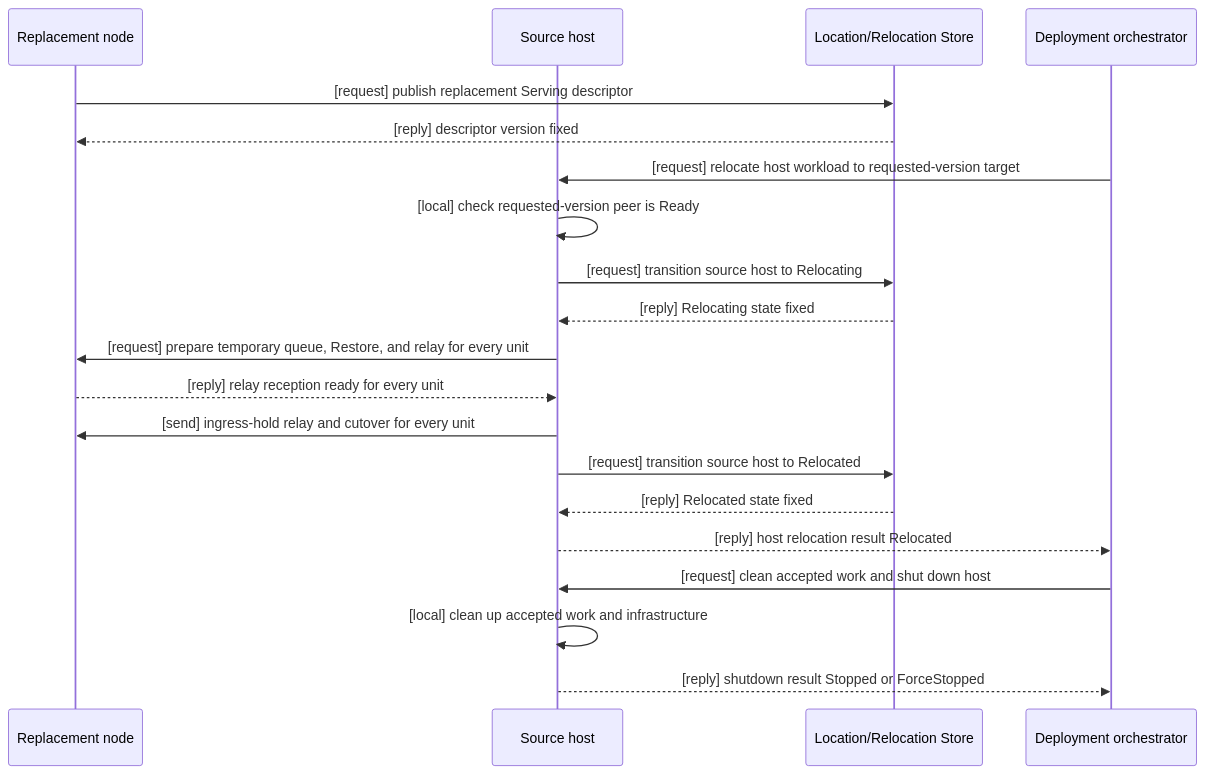
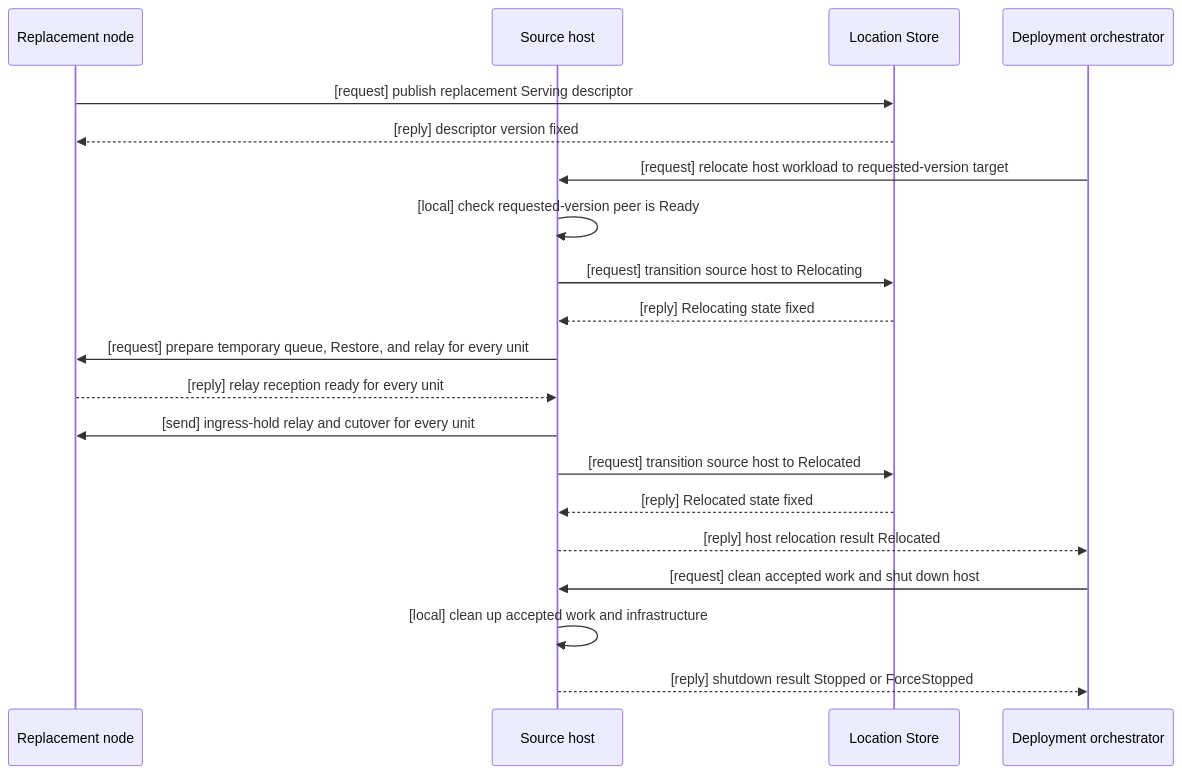
One commit to zlink-systems/zlink changed the second of 8 diagrams in framework/doc/framework/common/spec/server/30-host-relocation-flow.en.md. Above: the diagram before and after it, drawn with Mermaid. The commit also changed other lines of this file and 145 other files, not shown here.

````diff
--- a/framework/doc/framework/common/spec/server/30-host-relocation-flow.en.md
+++ b/framework/doc/framework/common/spec/server/30-host-relocation-flow.en.md
@@ -311,23 +325,23 @@
 ```mermaid
 sequenceDiagram
     participant Target as Replacement node
     participant Source as Source host
-    participant Store as Location/Relocation Store
+    participant Store as Location Store
     participant App as Deployment orchestrator
 
     Target->>Store: [request] publish replacement Serving descriptor
     Store-->>Target: [reply] descriptor version fixed
     App->>Source: [request] relocate host workload to requested-version target
     Source->>Source: [local] check requested-version peer is Ready
     Source->>Store: [request] transition source host to Relocating
     Store-->>Source: [reply] Relocating state fixed
     Source->>Target: [request] prepare temporary queue, Restore, and relay for every unit
     Target-->>Source: [reply] relay reception ready for every unit
     Source->>Target: [send] ingress-hold relay and cutover for every unit
     Source->>Store: [request] transition source host to Relocated
     Store-->>Source: [reply] Relocated state fixed
     Source-->>App: [reply] host relocation result Relocated
     App->>Source: [request] clean accepted work and shut down host
     Source->>Source: [local] clean up accepted work and infrastructure
     Source-->>App: [reply] shutdown result Stopped or ForceStopped
 ```
````
